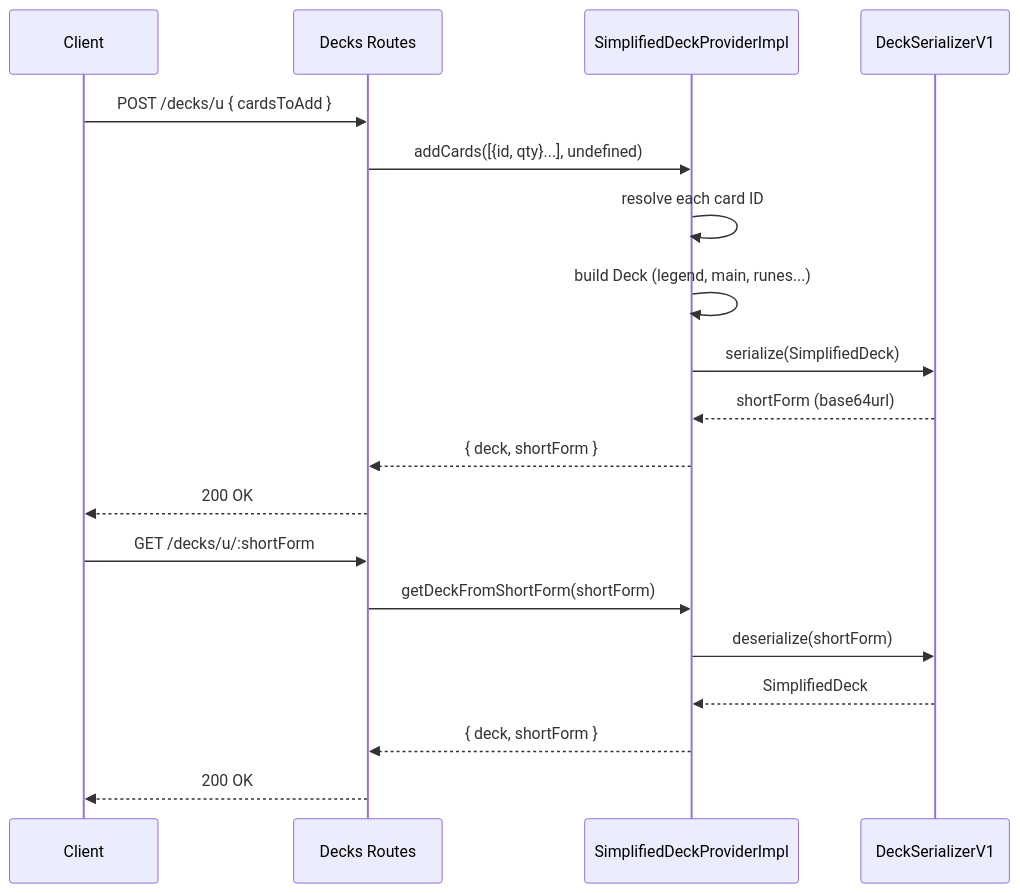
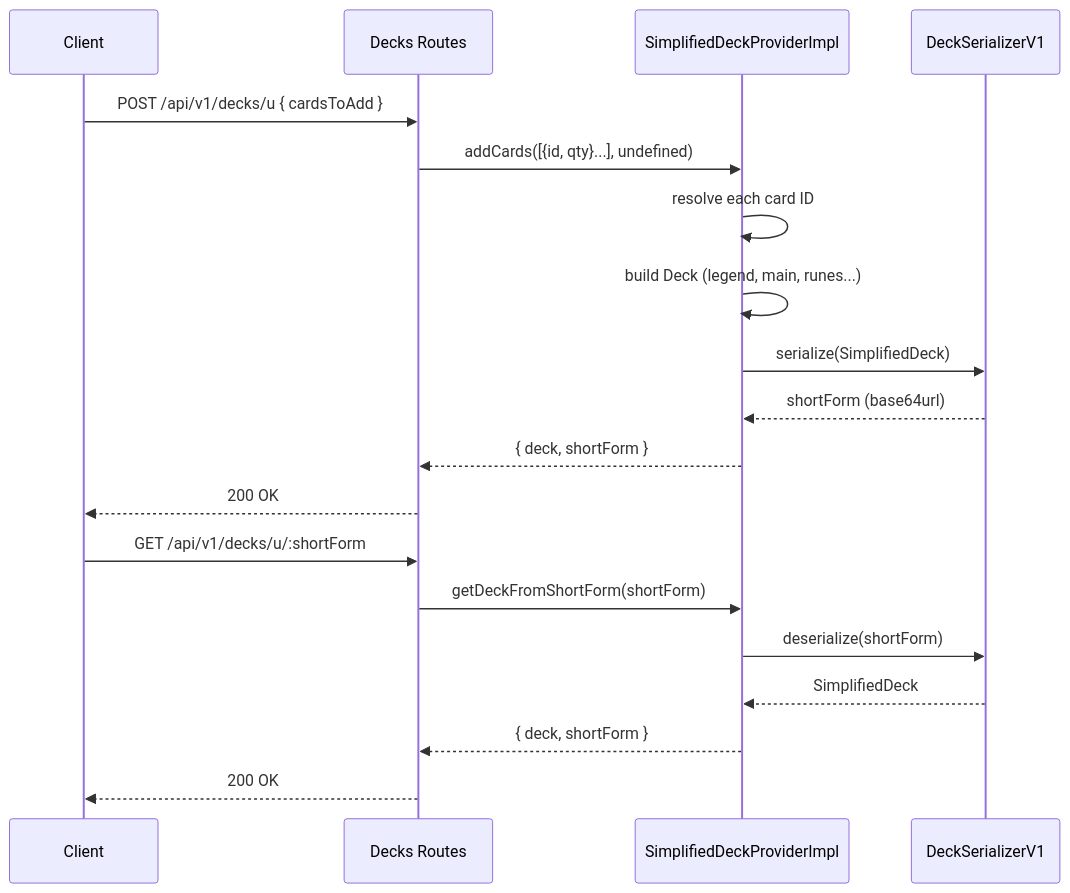
Before and after one commit to EggsLeggs/Riftseer: the diagram in packages/api/docs/decks.md, drawn with Mermaid. The commit also changed 1 other file, not shown here.

Commit message:
Update API documentation for decks and card resolution
- Updated endpoint paths in the decks documentation to include the versioning prefix `/api/v1`.
- Enhanced the usage flow in the parser documentation with a mermaid diagram for better clarity on the card resolution process.

````diff
--- a/packages/api/docs/decks.md
+++ b/packages/api/docs/decks.md
@@ -96,23 +96,23 @@
 ```mermaid
 sequenceDiagram
     participant Client
     participant API as Decks Routes
     participant Provider as SimplifiedDeckProviderImpl
     participant Serializer as DeckSerializerV1
 
-    Client->>API: POST /decks/u { cardsToAdd }
+    Client->>API: POST /api/v1/decks/u { cardsToAdd }
     API->>Provider: addCards([{id, qty}...], undefined)
     Provider->>Provider: resolve each card ID
     Provider->>Provider: build Deck (legend, main, runes...)
     Provider->>Serializer: serialize(SimplifiedDeck)
     Serializer-->>Provider: shortForm (base64url)
     Provider-->>API: { deck, shortForm }
     API-->>Client: 200 OK
 
-    Client->>API: GET /decks/u/:shortForm
+    Client->>API: GET /api/v1/decks/u/:shortForm
     API->>Provider: getDeckFromShortForm(shortForm)
     Provider->>Serializer: deserialize(shortForm)
     Serializer-->>Provider: SimplifiedDeck
     Provider-->>API: { deck, shortForm }
     API-->>Client: 200 OK
 ```
````
